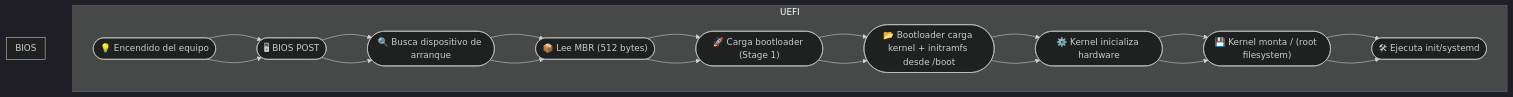
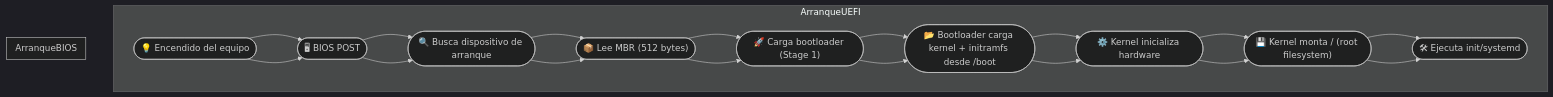
The third of 4 diagrams in Anexos_LFS4Students-ES/Bios_boot-UEFI.md (GualaDRAKE/LFS4Students-ES), drawn with Mermaid (dark theme) before and after one commit.

````diff
--- a/Anexos_LFS4Students-ES/Bios_boot-UEFI.md
+++ b/Anexos_LFS4Students-ES/Bios_boot-UEFI.md
@@ -344,23 +344,23 @@
 ```mermaid
 flowchart TD
-    subgraph UEFI
+    subgraph ArranqueUEFI
         A(["💡 Encendido del equipo"]) --> B(["🖥 UEFI POST"])
         B --> C(["📋 UEFI lee NVRAM (entradas de arranque)"])
         C --> D(["💽 Accede a ESP (/boot/efi)"])
         D --> E(["🚀 Ejecuta archivo .EFI (bootloader)"])
         E --> F(["📂 Bootloader carga kernel + initramfs desde /boot"])
         F --> G(["⚙️ Kernel inicializa hardware"])
         G --> H(["💾 Kernel monta / (root filesystem)"])
         H --> I(["🛠 Ejecuta init/systemd"])
     end
-    subgraph BIOS
+    subgraph ArranqueBIOS
         A(["💡 Encendido del equipo"]) --> B(["🖥 BIOS POST"])
         B --> C(["🔍 Busca dispositivo de arranque"])
         C --> D(["📦 Lee MBR (512 bytes)"])
         D --> E(["🚀 Carga bootloader (Stage 1)"])
         E --> F(["📂 Bootloader carga kernel + initramfs desde /boot"])
         F --> G(["⚙️ Kernel inicializa hardware"])
         G --> H(["💾 Kernel monta / (root filesystem)"])
         H --> I(["🛠 Ejecuta init/systemd"])
     end
 ```
````
